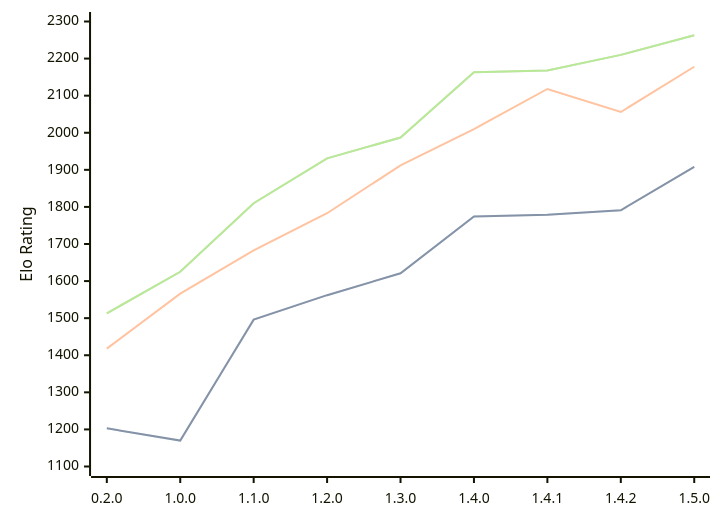
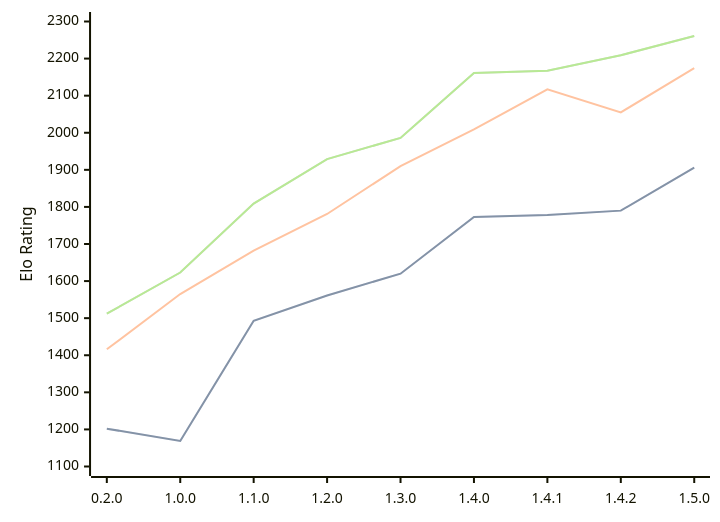
The diagram in engines/Zeppelin.md (computer-chess-index/cci), drawn with Mermaid before and after one commit. The commit also changed other lines of this file, not shown here.

Commit message:
Update CCI Ratings (ELO VLTC) - 2026-06-07

````diff
--- a/engines/Zeppelin.md
+++ b/engines/Zeppelin.md
@@ -41,11 +41,11 @@
 ```mermaid
 %%{init: {"theme":"base","themeVariables":{"seriesColors:['#a3a3a3','#222221','#faa371']}}}%%
 xychart-beta
   x-axis ["0.2.0", "1.0.0", "1.1.0", "1.2.0", "1.3.0", "1.4.0", "1.4.1", "1.4.2", "1.5.0"]
   y-axis "Elo Rating" 1100 --> 2300
-  line "STC (8.0+0.08s)" [1203, 1170, 1496, 1562, 1621, 1774, 1779, 1791, 1908]
-  line "STC (8.0+0.08s)" [1203, 1170, 1496, 1562, 1621, 1774, 1779, 1791, 1908]
-  line "LTC (60.0+0.60s)" [1418, 1566, 1683, 1783, 1912, 2010, 2118, 2056, 2178]
-  line "VLTC (2m24s+1.12s)" [1513, 1625, 1810, 1931, 1987, 2163, 2168, 2210, 2263]
-  line "VLTC (2m24s+1.12s)" [1513, 1625, 1810, 1931, 1987, 2163, 2168, 2210, 2263]
+  line "STC (8.0+0.08s)" [1202, 1169, 1493, 1561, 1620, 1773, 1778, 1790, 1906]
+  line "STC (8.0+0.08s)" [1202, 1169, 1493, 1561, 1620, 1773, 1778, 1790, 1906]
+  line "LTC (60.0+0.60s)" [1416, 1565, 1682, 1781, 1910, 2009, 2117, 2055, 2174]
+  line "VLTC (2m24s+1.12s)" [1512, 1623, 1809, 1929, 1986, 2161, 2167, 2209, 2261]
+  line "VLTC (2m24s+1.12s)" [1512, 1623, 1809, 1929, 1986, 2161, 2167, 2209, 2261]
 ```
````
